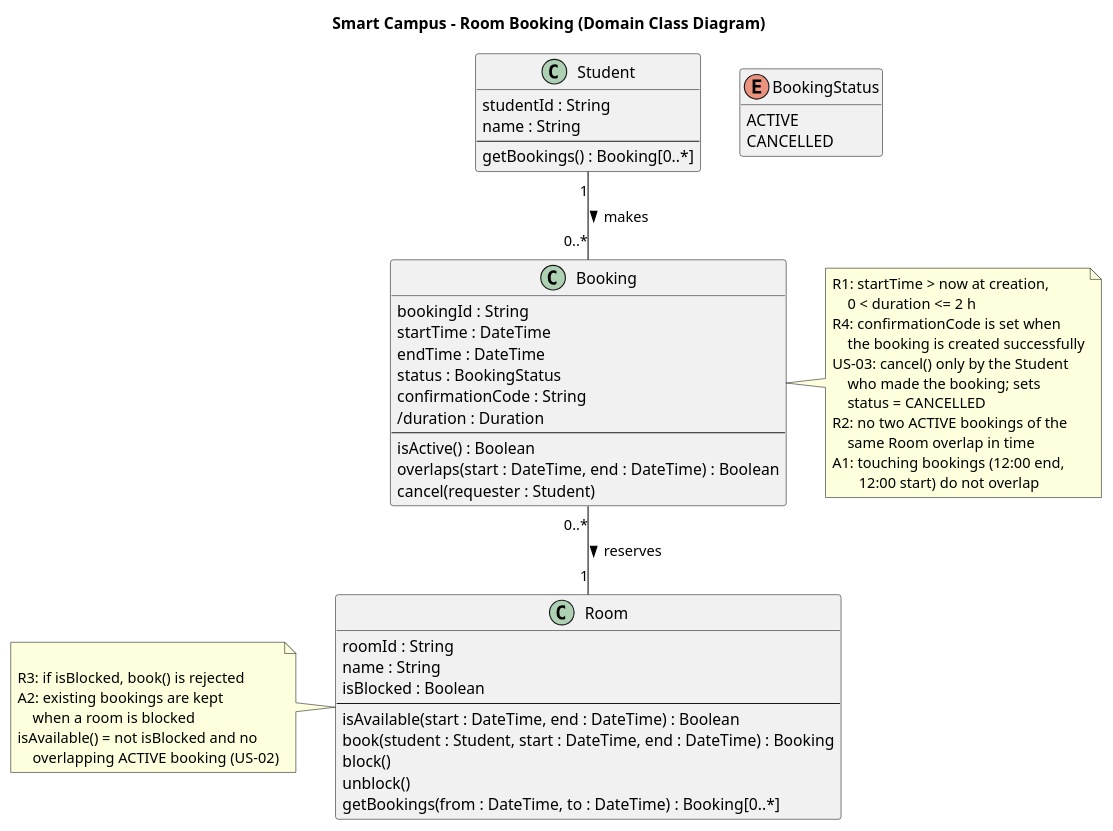
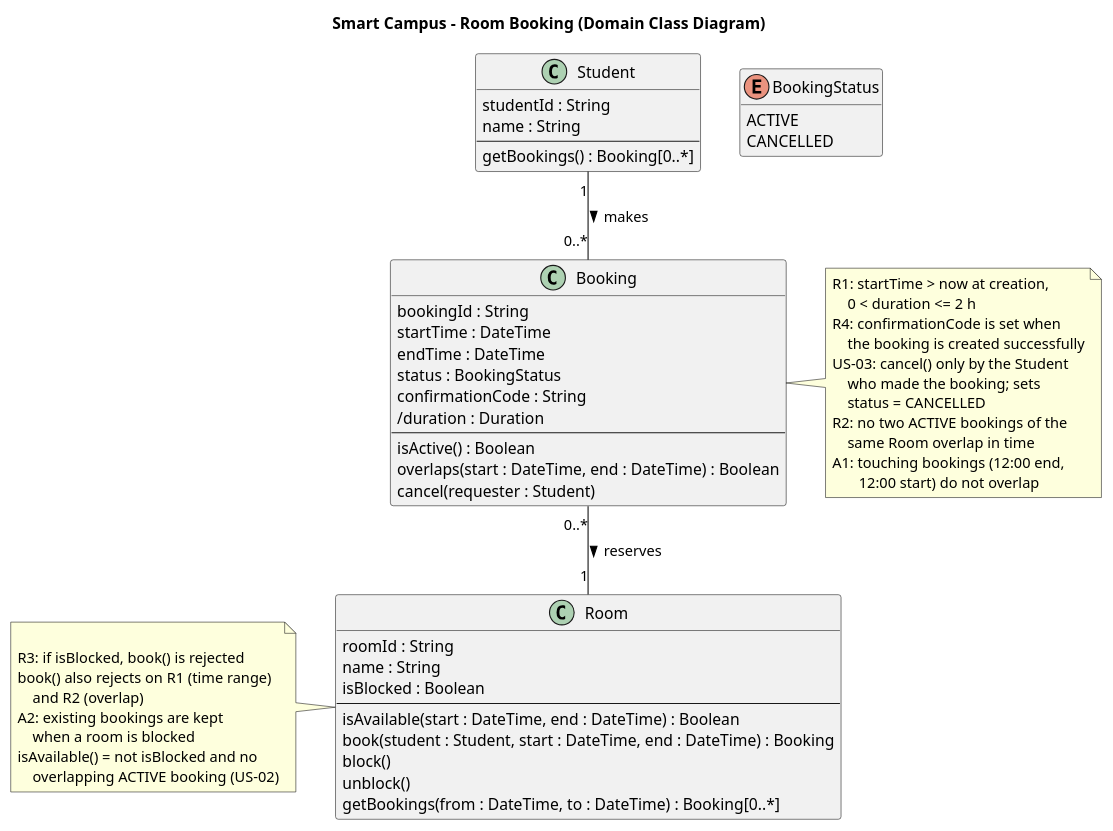
One commit to Anzaraa/se-practice changed the diagram in week-04/models/class.puml. Above: the diagram before and after it, drawn with PlantUML. The commit also changed 3 other files, not shown here.

```diff
--- a/week-04/models/class.puml
+++ b/week-04/models/class.puml
@@ -1,69 +1,71 @@
 @startuml domain-class-diagram
 title Smart Campus - Room Booking (Domain Class Diagram)
 skinparam classAttributeIconSize 0
 hide empty members
 
 class Student {
   studentId : String
   name : String
   --
   getBookings() : Booking[0..*]
 }
 
 class Room {
   roomId : String
   name : String
   isBlocked : Boolean
   --
   isAvailable(start : DateTime, end : DateTime) : Boolean
   book(student : Student, start : DateTime, end : DateTime) : Booking
   block()
   unblock()
   getBookings(from : DateTime, to : DateTime) : Booking[0..*]
 }
 
 class Booking {
   bookingId : String
   startTime : DateTime
   endTime : DateTime
   status : BookingStatus
   confirmationCode : String
   /duration : Duration
   --
   isActive() : Boolean
   overlaps(start : DateTime, end : DateTime) : Boolean
   cancel(requester : Student)
 }
 
 enum BookingStatus {
   ACTIVE
   CANCELLED
 }
 
 Student "1" -- "0..*" Booking : makes >
 Booking "0..*" -- "1" Room : reserves >
 
 note right of Booking
   R1: startTime > now at creation,
       0 < duration <= 2 h
   R4: confirmationCode is set when
       the booking is created successfully
   US-03: cancel() only by the Student
       who made the booking; sets
       status = CANCELLED
   R2: no two ACTIVE bookings of the
       same Room overlap in time
   A1: touching bookings (12:00 end,
          12:00 start) do not overlap
 end note
 
 note left of Room
   
   R3: if isBlocked, book() is rejected
+  book() also rejects on R1 (time range)
+      and R2 (overlap)
   A2: existing bookings are kept
       when a room is blocked
   isAvailable() = not isBlocked and no
       overlapping ACTIVE booking (US-02)
 end note
 
 @enduml
```
